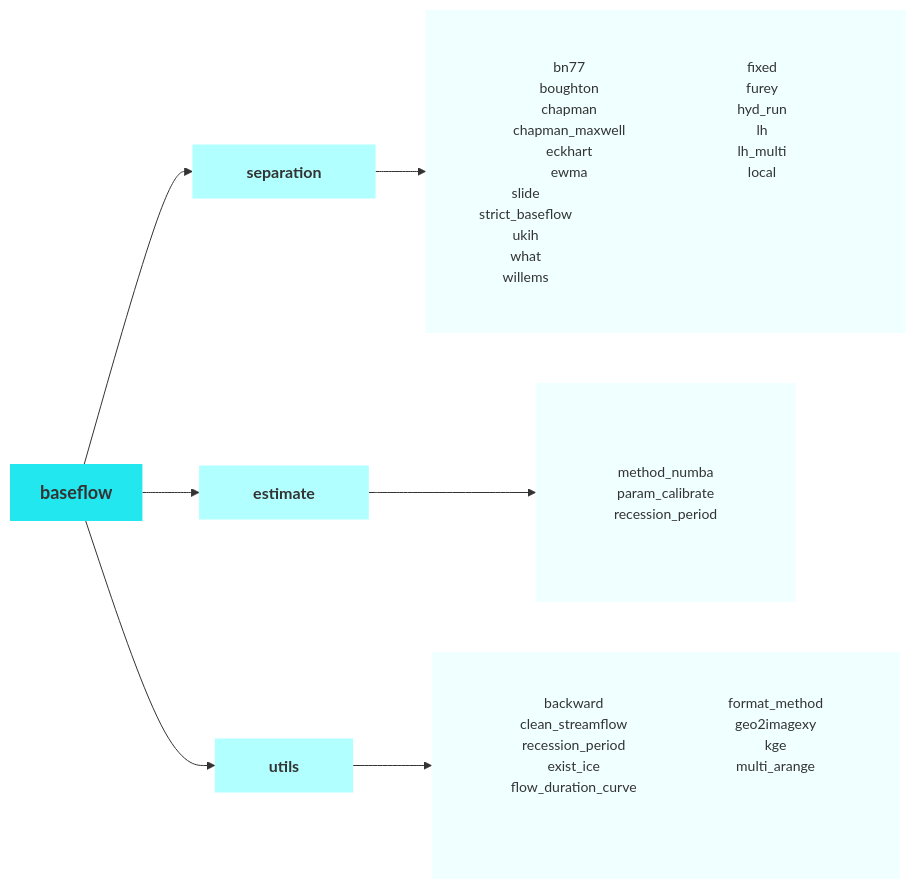
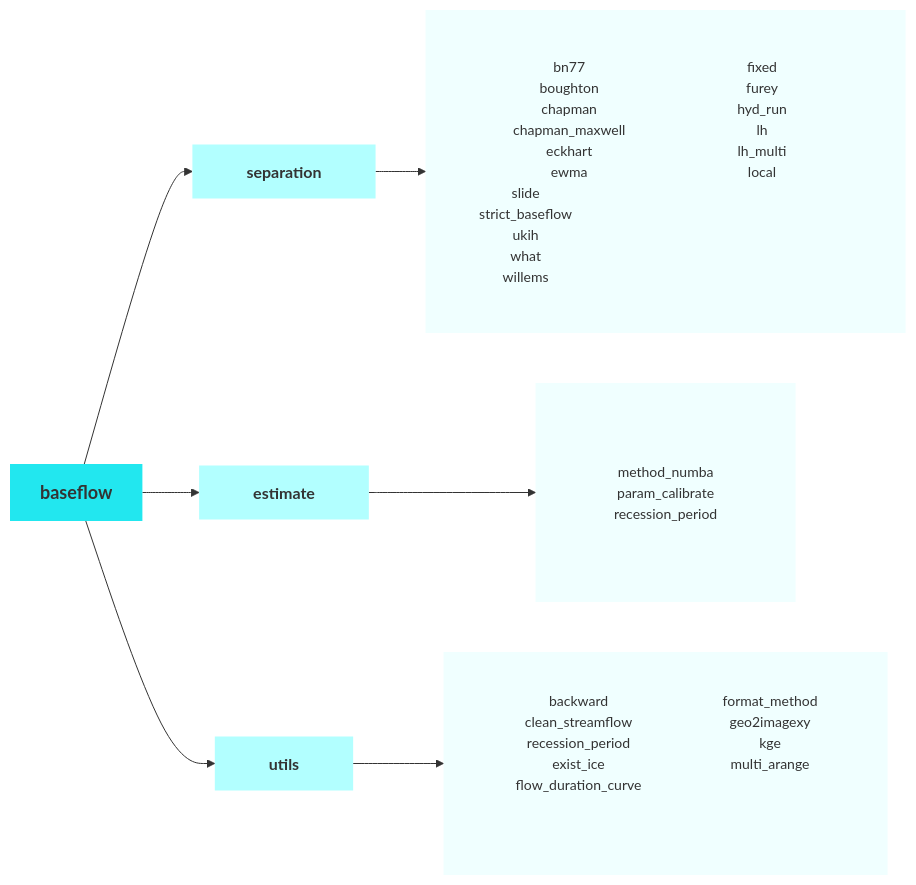
The diagram in docs/index.md (BYU-Hydroinformatics/baseflow), drawn with Mermaid before and after one commit.

Commit message:
change the size of the diagram

````diff
--- a/docs/index.md
+++ b/docs/index.md
@@ -58,50 +58,50 @@
 ```mermaid
 %%{init: {
   'theme': 'base', 
   'themeVariables': { 
     'fontSize': '14px',
     'fontFamily': 'Arial'
   },
   'flowchart': {
     'nodeSpacing': 25,
-    'rankSpacing': 30,
+    'rankSpacing': 25,
     'curve': 'basis'
   }
   "flowchart": {"htmlLabels": true}
 }}%%
 graph LR
     %% Define styles
     classDef default fill:#22E7EF,stroke:#333,stroke-width:0px;
     classDef secondLevel fill:#B2FFFF,stroke:#333,stroke-width:0px,font-size:16px;
     classDef thirdLevel fill:#F0FFFF,stroke:#333,stroke-width:0px,font-size:14px;
 
     A[baseflow]:::default
     B[&emsp;&emsp;separation&emsp;&emsp;]:::secondLevel
     C[&emsp;&emsp;estimate&emsp;&emsp;]:::secondLevel
     D[&emsp;&emsp;utils&emsp;&emsp;]:::secondLevel
 
     A --> B
     A --> C
     A --> D
 
     B --> NewLines1["&emsp;&emsp;<div style='line-height: 1.5; padding: 10px; display: flex; flex-wrap: wrap; justify-content: space-between; width: 400px;'>
     <div style='flex: 0 0 30%;'>bn77<br/>boughton<br/>chapman<br/>chapman_maxwell<br/>eckhart<br/>ewma</div>
     <div style='flex: 0 0 30%;'>fixed<br/>furey<br/>hyd_run<br/>lh<br/>lh_multi<br/>local</div>
     <div style='flex: 0 0 30%;'>slide<br/>strict_baseflow<br/>ukih<br/>what<br/>willems</div>
     </div>&emsp;&emsp;"]:::thirdLevel
 
     C --> NewLines2["&emsp;&emsp;<div style='line-height: 1.5; padding: 12spx; display: flex; flex-wrap: wrap; justify-content: space-between; width: 200px;'>
     <div style='flex: 0 0 100%;'>method_numba<br/>param_calibrate<br/>recession_period</div>
     </div>&emsp;&emsp;"]:::thirdLevel
     
-    D --> NewLines3["&emsp;&emsp;<div style='line-height: 1.5; padding: 4px; display: flex; flex-wrap: wrap; justify-content: space-between; width: 400px;'>
+    D --> NewLines3["&emsp;&emsp;<div style='line-height: 1.5; padding: 2px; display: flex; flex-wrap: wrap; justify-content: space-between; width: 380px;'>
     <div style='flex: 0 0 45%;'>backward<br/>clean_streamflow<br/>recession_period<br/>exist_ice<br/>flow_duration_curve</div>
     <div style='flex: 0 0 45%;'>format_method<br/>geo2imagexy<br/>kge<br/>multi_arange</div>
     </div>&emsp;&emsp;"]:::thirdLevel
 
     %% Custom styles for specific nodes
     style A font-size:18px,font-weight:bold,mainBkg:#005f73
     style B font-weight:bold
     style C font-weight:bold
     style D font-weight:bold
 ```
````
